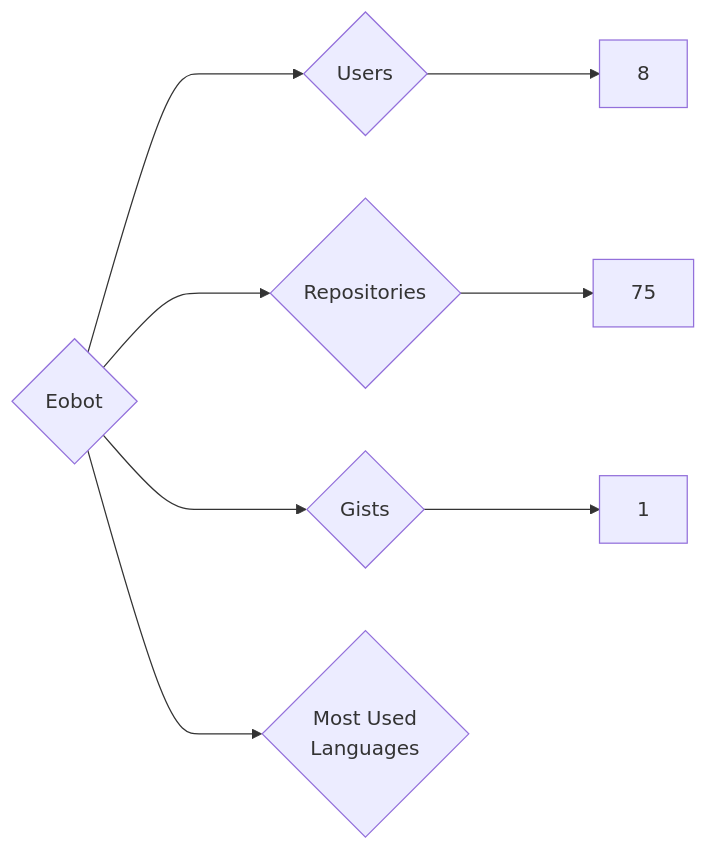
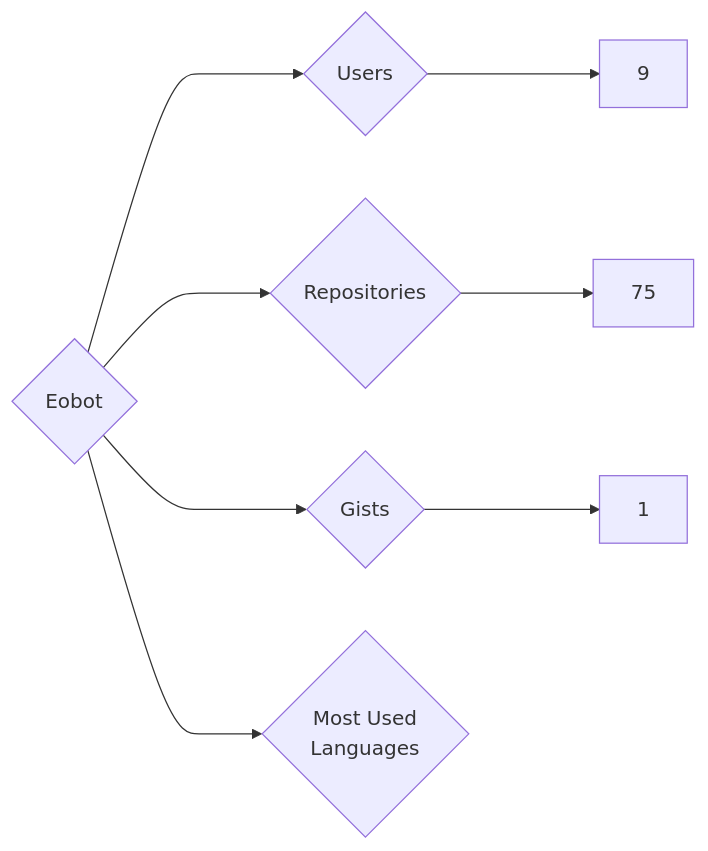
The diagram in targets/Eobot/README.md (nenadzaric/insiders), drawn with Mermaid before and after one commit. The commit also changed 1342 other files, not shown here.

````diff
--- a/targets/Eobot/README.md
+++ b/targets/Eobot/README.md
@@ -3,8 +3,8 @@
 ```mermaid
 graph LR
 COMPANY_NAME{Eobot}
-COMPANY_NAME ---> U{Users} ---> UN[8]
+COMPANY_NAME ---> U{Users} ---> UN[9]
 COMPANY_NAME ---> R{Repositories} ---> RN[75]
 COMPANY_NAME ---> G{Gists} ---> GN[1]
 COMPANY_NAME ---> ML{Most Used<br>Languages}
 ```
````
